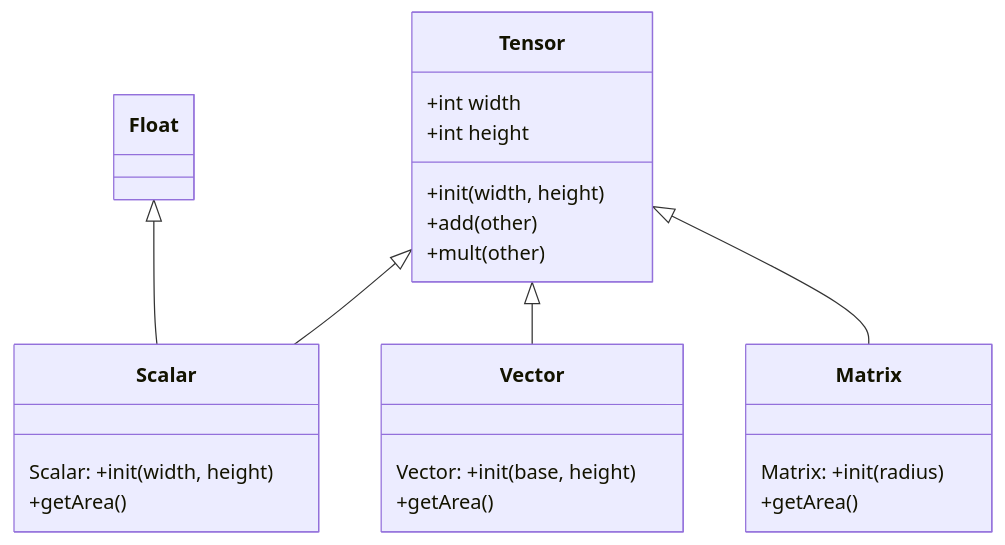
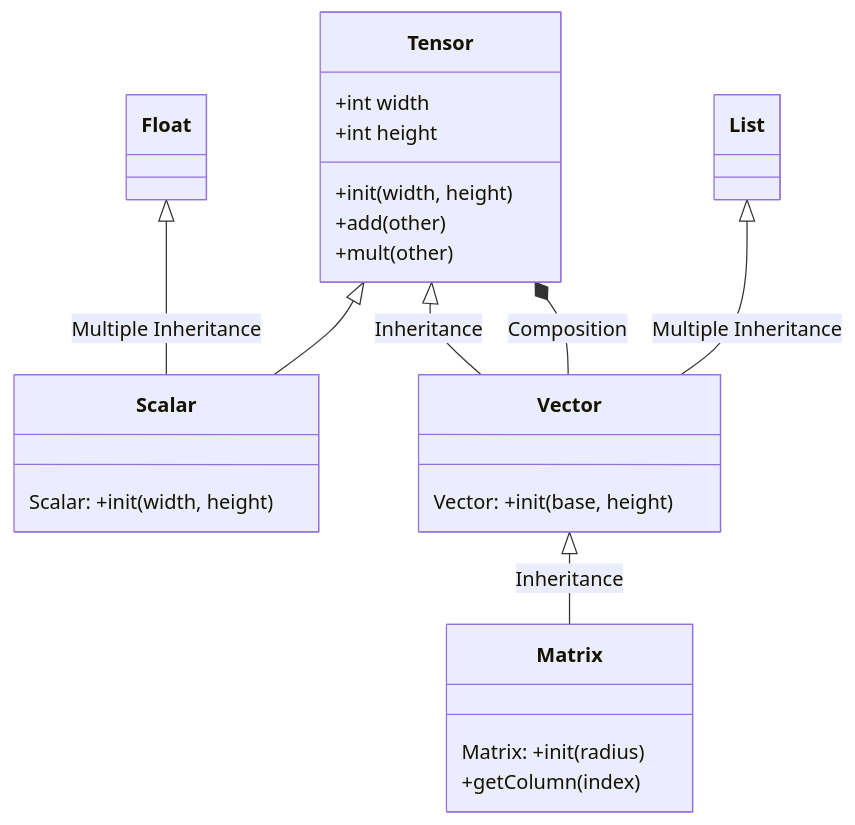
Before and after one commit to ElviravdVen/TINLABML_22-23: the diagram in diagrams/tensors.md, drawn with Mermaid.

Commit message:
Added relationships

````diff
--- a/diagrams/tensors.md
+++ b/diagrams/tensors.md
@@ -1,27 +1,25 @@
 ```mermaid
 classDiagram
-    Tensor <|-- Scalar
-    Tensor <|-- Vector
-    Tensor <|-- Matrix
-    Float <|-- Scalar
+    Tensor <|-- Scalar 
+    Tensor <|-- Vector : Inheritance
     Tensor: +init(width, height) 
     Tensor : +int width
     Tensor : +int height
     Tensor: +add(other)
     Tensor: +mult(other)
+    Vector --* Tensor : Composition
+    Float <|-- Scalar : Multiple Inheritance
+    List <|-- Vector : Multiple Inheritance
+    Vector <|-- Matrix : Inheritance
 
     class Scalar {
         Scalar: +init(width, height)
-        +getArea()
     }
     class Vector {
         Vector: +init(base, height)
-        +getArea()
     }
     class Matrix {
         Matrix: +init(radius)
-        +getArea()
+        +getColumn(index)
     }
-    class Float {
-    }
-```            
+```
````
